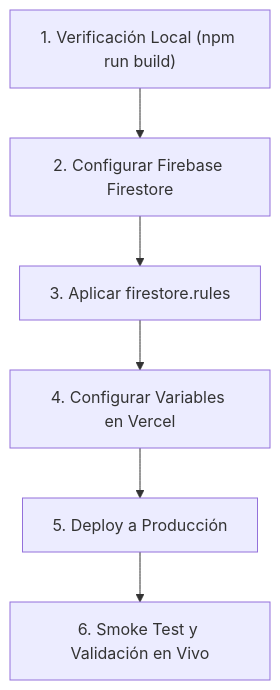
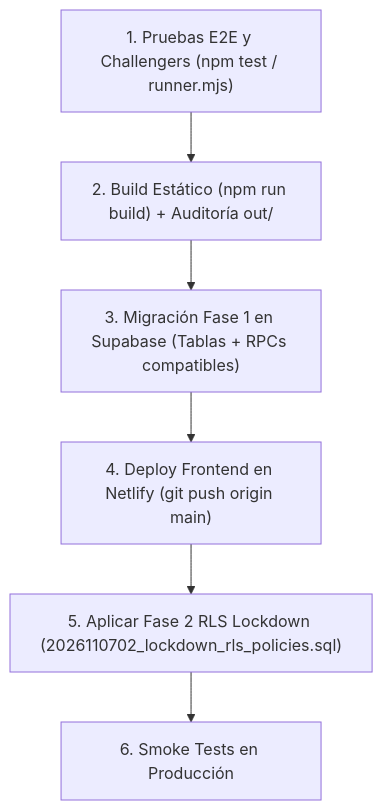
One commit to PaladinDiego/Mecafut changed the diagram in AGENTS.md. Above: the diagram before and after it, drawn with Mermaid. The commit also changed other lines of this file and 48 other files, not shown here.

Commit message:
feat(prod): deploy oficial para produccion - limpieza total de demos, sincronizacion rpc supabase, sistema toast y wcag

````diff
--- a/AGENTS.md
+++ b/AGENTS.md
@@ -94,8 +58,8 @@
 ```mermaid
 flowchart TD
-    A["1. Verificación Local (npm run build)"] --> B["2. Configurar Firebase Firestore"]
-    B --> C["3. Aplicar firestore.rules"]
-    C --> D["4. Configurar Variables en Vercel"]
-    D --> E["5. Deploy a Producción"]
-    E --> F["6. Smoke Test y Validación en Vivo"]
+    A["1. Pruebas E2E y Challengers (npm test / runner.mjs)"] --> B["2. Build Estático (npm run build) + Auditoría out/"]
+    B --> C["3. Migración Fase 1 en Supabase (Tablas + RPCs compatibles)"]
+    C --> D["4. Deploy Frontend en Netlify (git push origin main)"]
+    D --> E["5. Aplicar Fase 2 RLS Lockdown (2026110702_lockdown_rls_policies.sql)"]
+    E --> F["6. Smoke Tests en Producción"]
 ```
````
